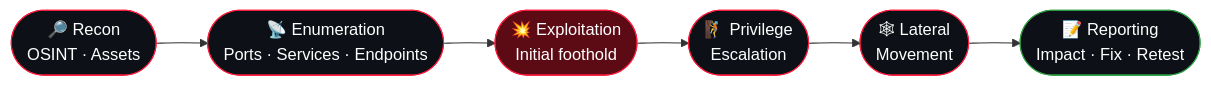
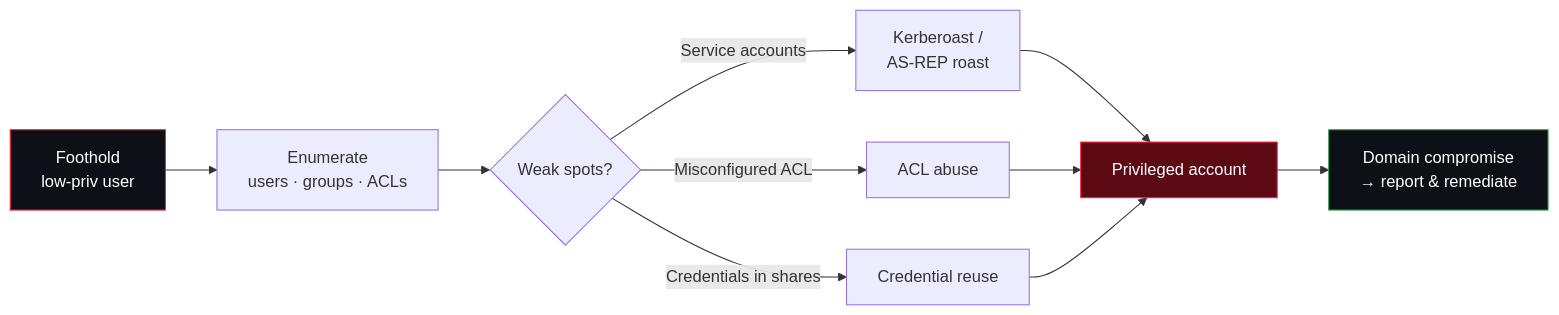
The first of 2 diagrams in README.md (NULL200OK/NULL200OK), drawn with Mermaid before and after one commit. The commit also changed other lines of this file, not shown here.

````diff
--- a/README.md
+++ b/README.md
@@ -84,14 +132,15 @@
 ```mermaid
 flowchart LR
-    A([🔎 Recon<br/>OSINT · Assets]) --> B([📡 Enumeration<br/>Ports · Services · Endpoints])
-    B --> C([💥 Exploitation<br/>Initial foothold])
-    C --> D([🧗 Privilege<br/>Escalation])
-    D --> E([🕸 Lateral<br/>Movement])
-    E --> F([📝 Reporting<br/>Impact · Fix · Retest])
+    A[Foothold<br/>low-priv user] --> B[Enumerate<br/>users · groups · ACLs]
+    B --> C{Weak spots?}
+    C -->|Service accounts| D[Kerberoast /<br/>AS-REP roast]
+    C -->|Misconfigured ACL| E[ACL abuse]
+    C -->|Credentials in shares| F[Credential reuse]
+    D --> G[Privileged account]
+    E --> G
+    F --> G
+    G --> H[Domain compromise<br/>→ report & remediate]
     style A fill:#0d1117,stroke:#ff1a3c,color:#fff
-    style B fill:#0d1117,stroke:#ff1a3c,color:#fff
-    style C fill:#5c0a14,stroke:#ff1a3c,color:#fff
-    style D fill:#0d1117,stroke:#ff1a3c,color:#fff
-    style E fill:#0d1117,stroke:#ff1a3c,color:#fff
-    style F fill:#0d1117,stroke:#2ea043,color:#fff
+    style G fill:#5c0a14,stroke:#ff1a3c,color:#fff
+    style H fill:#0d1117,stroke:#2ea043,color:#fff
 ```
````
